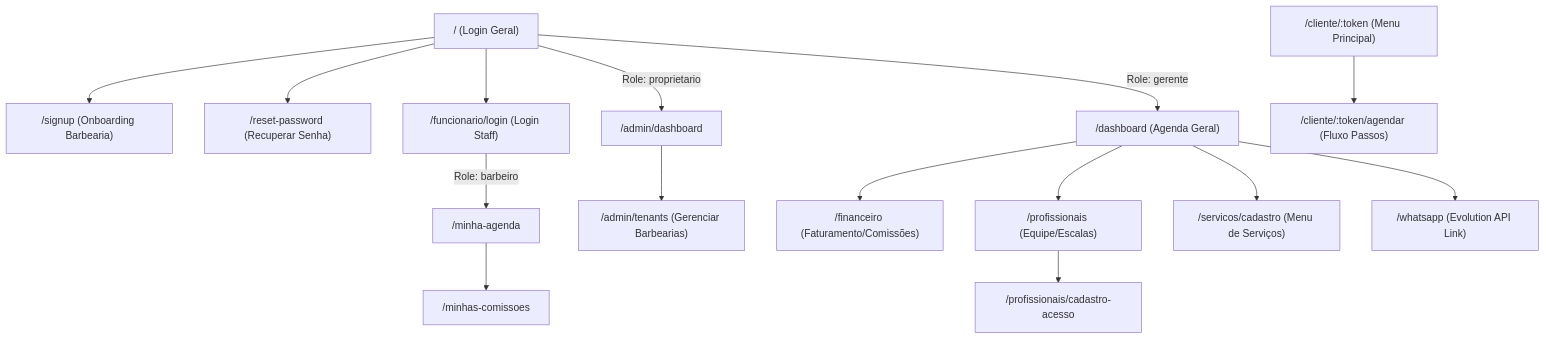
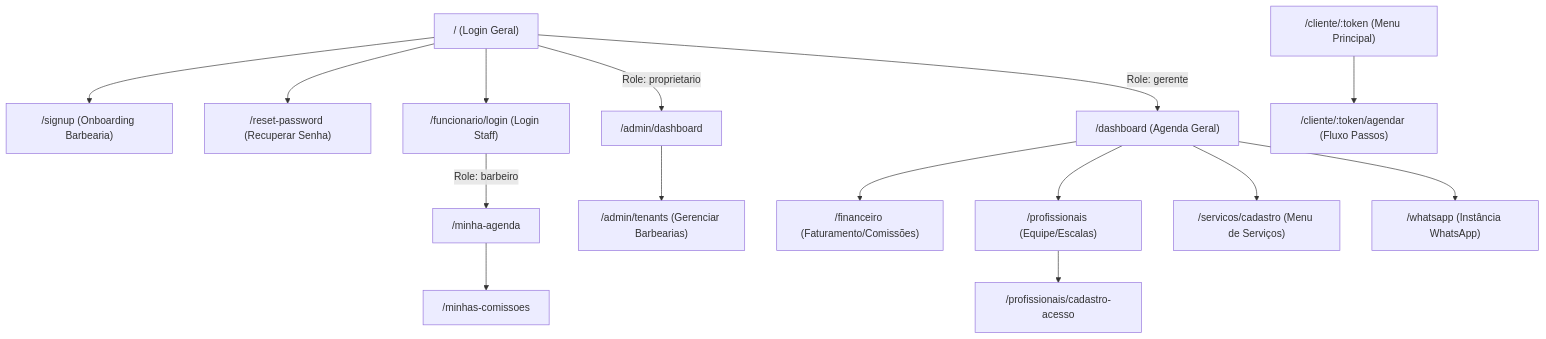
Before and after one commit to Resp94/navalhado: the diagram in docs/arquitetura_rotas.md, drawn with Mermaid. The commit also changed other lines of this file and 10 other files, not shown here.

````diff
--- a/docs/arquitetura_rotas.md
+++ b/docs/arquitetura_rotas.md
@@ -11,26 +13,26 @@
 ```mermaid
 graph TD
     %% Rotas Públicas/Autenticação
     R_Root["/ (Login Geral)"] --> R_SignUp["/signup (Onboarding Barbearia)"]
     R_Root --> R_ResetPass["/reset-password (Recuperar Senha)"]
     R_Root --> R_FuncLogin["/funcionario/login (Login Staff)"]
 
     %% Painel Proprietário SaaS
     R_Root -- Role: proprietario --> R_AdminDash["/admin/dashboard"]
     R_AdminDash --> R_AdminTenants["/admin/tenants (Gerenciar Barbearias)"]
 
     %% Painel Gerente de Barbearia
     R_Root -- Role: gerente --> R_Dash["/dashboard (Agenda Geral)"]
     R_Dash --> R_Fin["/financeiro (Faturamento/Comissões)"]
     R_Dash --> R_Profs["/profissionais (Equipe/Escalas)"]
     R_Profs --> R_CadProf["/profissionais/cadastro-acesso"]
     R_Dash --> R_Servs["/servicos/cadastro (Menu de Serviços)"]
-    R_Dash --> R_Whats["/whatsapp (Evolution API Link)"]
+    R_Dash --> R_Whats["/whatsapp (Instância WhatsApp)"]
 
     %% Painel Barbeiro
     R_FuncLogin -- Role: barbeiro --> R_MyAgenda["/minha-agenda"]
     R_MyAgenda --> R_MyCommissions["/minhas-comissoes"]
 
     %% Canal Cliente (Sem Login)
     R_ClientMenu["/cliente/:token (Menu Principal)"] --> R_ClientBook["/cliente/:token/agendar (Fluxo Passos)"]
 ```
````
